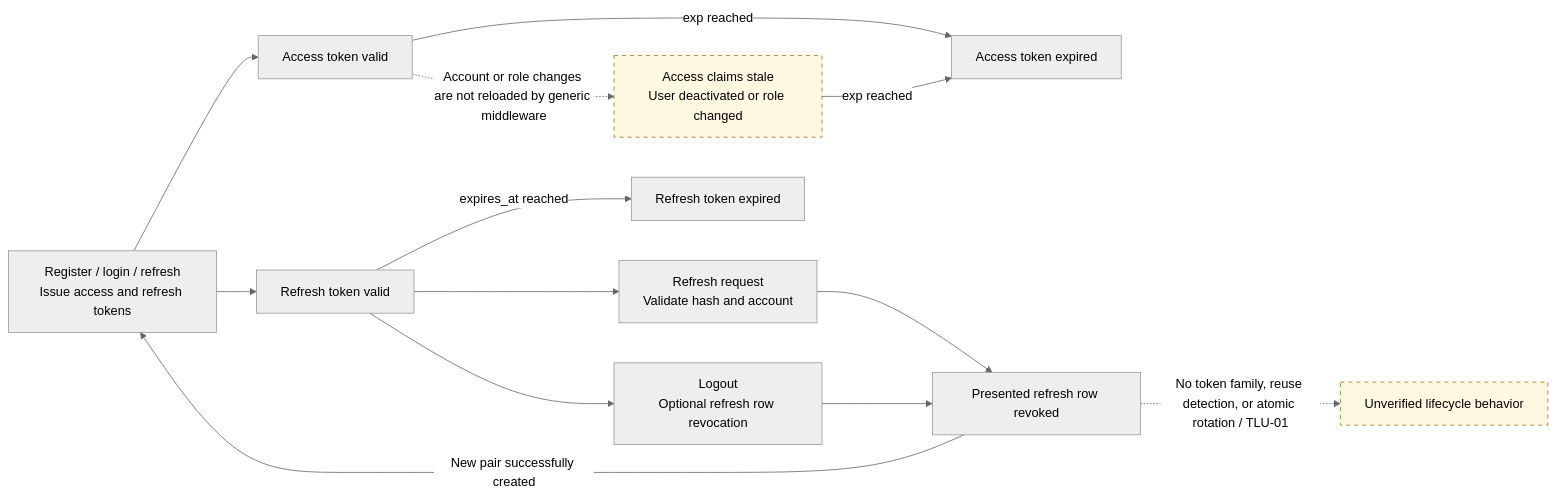
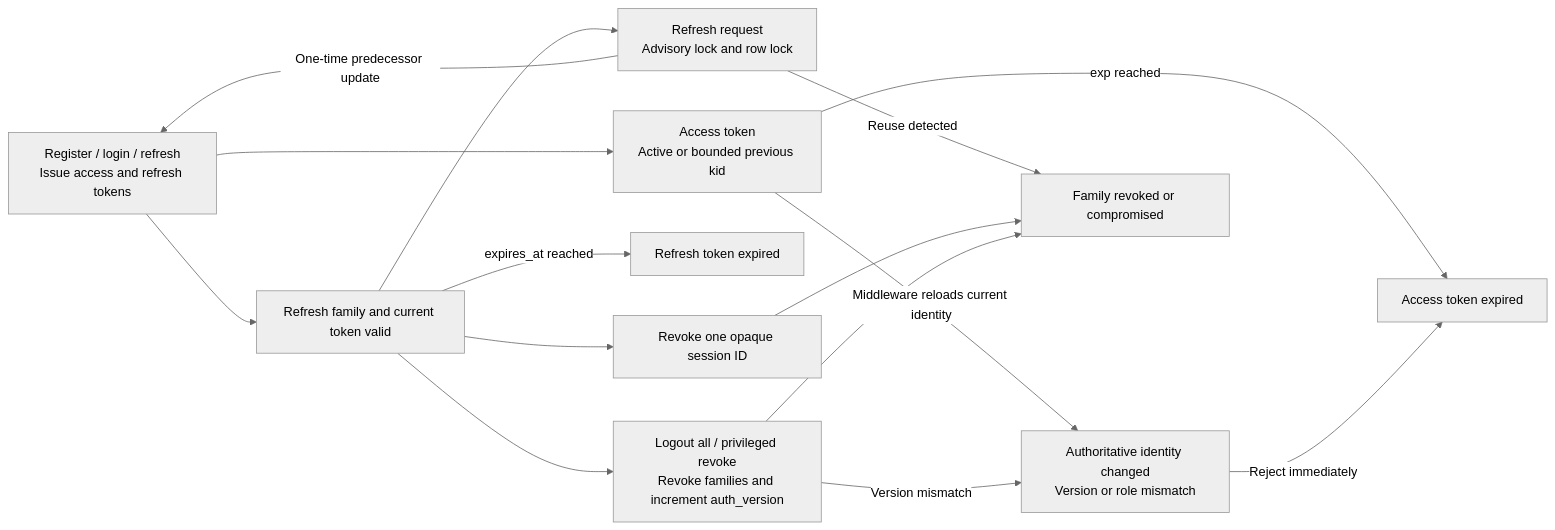
Before and after one commit to sasanzare/ZinharCMS: the diagram in okf/security/diagrams/session-token-lifecycle.mmd, drawn with Mermaid (neutral theme). The commit also changed 41 other files, not shown here.

```diff
--- a/okf/security/diagrams/session-token-lifecycle.mmd
+++ b/okf/security/diagrams/session-token-lifecycle.mmd
@@ -1,27 +1,27 @@
 flowchart LR
-  %% Evidence: backend/src/routes/auth.rs, backend/src/services/jwt.rs, frontend/src/stores/useAppStore.ts
+  %% Evidence: backend/src/routes/auth.rs, backend/src/services/jwt.rs, backend/src/services/sessions.rs
   issue["Register / login / refresh\nIssue access and refresh tokens"]
-  access["Access token valid"]
-  refresh["Refresh token valid"]
-  stale["Access claims stale\nUser deactivated or role changed"]
+  access["Access token\nActive or bounded previous kid"]
+  refresh["Refresh family and current token valid"]
+  stale["Authoritative identity changed\nVersion or role mismatch"]
   accessExpired["Access token expired"]
-  rotate["Refresh request\nValidate hash and account"]
-  revoked["Presented refresh row revoked"]
+  rotate["Refresh request\nAdvisory lock and row lock"]
+  revoked["Family revoked or compromised"]
   refreshExpired["Refresh token expired"]
-  logout["Logout\nOptional refresh row revocation"]
+  one["Revoke one opaque session ID"]
+  all["Logout all / privileged revoke\nRevoke families and increment auth_version"]
 
   issue --> access
   issue --> refresh
   access -->|exp reached| accessExpired
-  access -.->|Account or role changes are not reloaded by generic middleware| stale
-  stale -->|exp reached| accessExpired
+  access -->|Middleware reloads current identity| stale
+  stale -->|Reject immediately| accessExpired
   refresh --> rotate
-  rotate --> revoked
-  revoked -->|New pair successfully created| issue
+  rotate -->|One-time predecessor update| issue
+  rotate -->|Reuse detected| revoked
   refresh -->|expires_at reached| refreshExpired
-  refresh --> logout
-  logout --> revoked
-  revoked -.->|No token family, reuse detection, or atomic rotation / TLU-01| uncertain["Unverified lifecycle behavior"]
-
-  classDef unclear stroke-dasharray: 5 5,fill:#fff8e1,stroke:#a66a00;
-  class stale,uncertain unclear;
+  refresh --> one
+  refresh --> all
+  one --> revoked
+  all --> revoked
+  all -->|Version mismatch| stale
```
